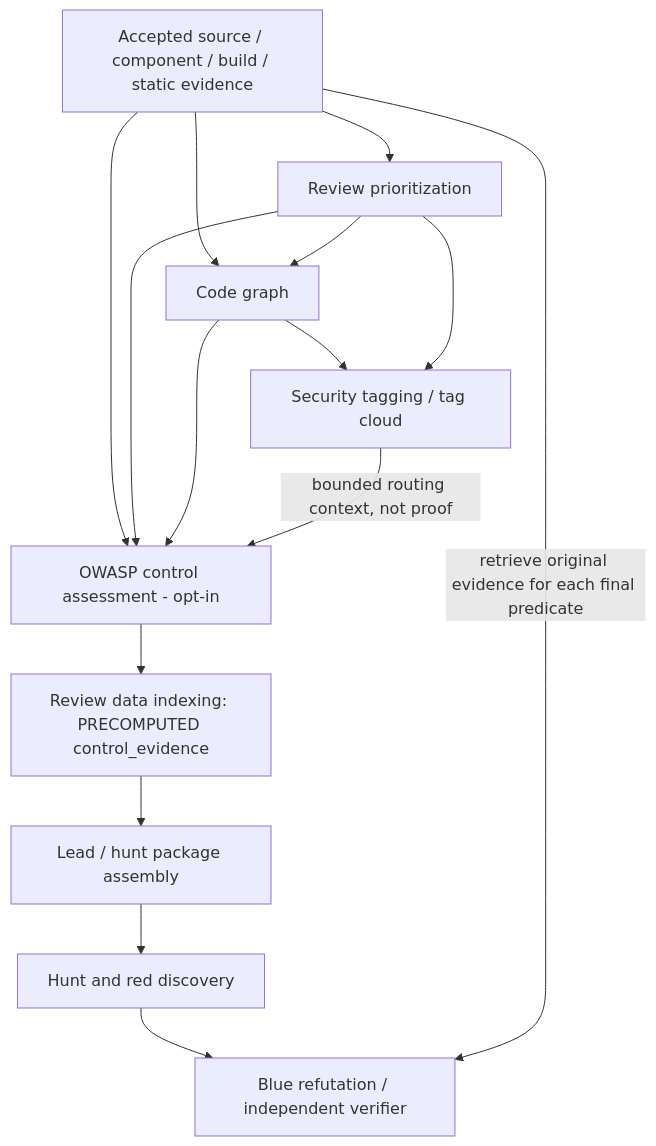
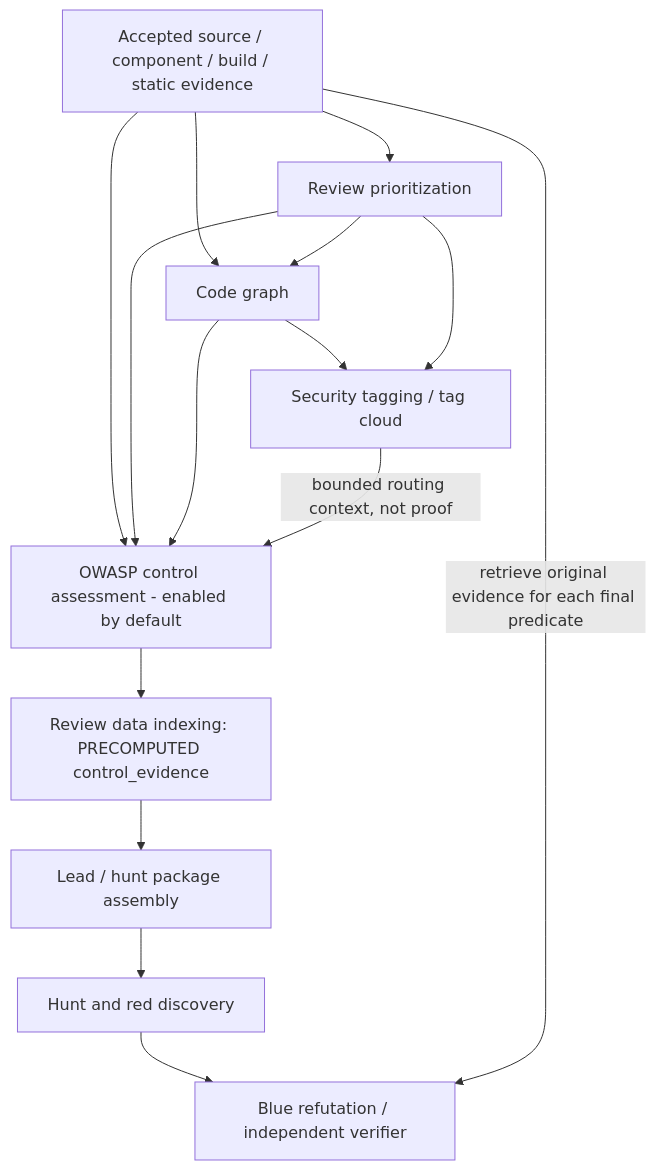
Before and after one commit to wsollers/appsec-review: the diagram in docs/architecture/owasp-control-workbench.md, drawn with Mermaid. The commit also changed other lines of this file and 18 other files, not shown here.

First line of the commit message:
Enable OWASP assessment by default across review profiles

````diff
--- a/docs/architecture/owasp-control-workbench.md
+++ b/docs/architecture/owasp-control-workbench.md
@@ -15,17 +16,17 @@
 ```mermaid
 flowchart TD
   P[Accepted source / component / build / static evidence] --> R[Review prioritization]
   P --> G[Code graph]
   R --> G
   G --> T[Security tagging / tag cloud]
   R --> T
-  P --> O[OWASP control assessment - opt-in]
+  P --> O[OWASP control assessment - enabled by default]
   R --> O
   G --> O
   T -->|bounded routing context, not proof| O
   O --> I[Review data indexing: PRECOMPUTED control_evidence]
   I --> A[Lead / hunt package assembly]
   A --> H[Hunt and red discovery]
   H --> B[Blue refutation / independent verifier]
   P -->|retrieve original evidence for each final predicate| B
 ```
````
